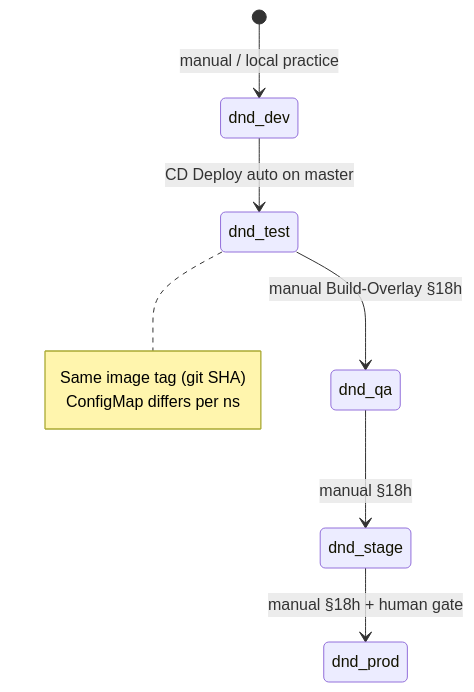
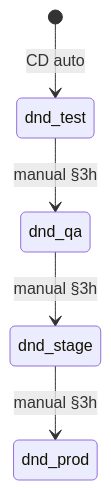
The third of 3 diagrams in docs/deployment/COMMAND-REFERENCE.md (crozzbite/DnDApp), drawn with Mermaid before and after one commit. The commit also changed other lines of this file, not shown here.

First line of the commit message:
docs(deploy): slim COMMAND-REFERENCE to operational runbook (~280 lines)

````diff
--- a/docs/deployment/COMMAND-REFERENCE.md
+++ b/docs/deployment/COMMAND-REFERENCE.md
@@ -100,12 +61,7 @@
 ```mermaid
 stateDiagram-v2
-  [*] --> dnd_dev: manual / local practice
-  dnd_dev --> dnd_test: CD Deploy auto on master
-  dnd_test --> dnd_qa: manual Build-Overlay §18h
-  dnd_qa --> dnd_stage: manual §18h
-  dnd_stage --> dnd_prod: manual §18h + human gate
-  note right of dnd_test
-    Same image tag (git SHA)
-    ConfigMap differs per ns
-  end note
+  [*] --> dnd_test: CD auto
+  dnd_test --> dnd_qa: manual §3h
+  dnd_qa --> dnd_stage: manual §3h
+  dnd_stage --> dnd_prod: manual §3h
 ```
````
